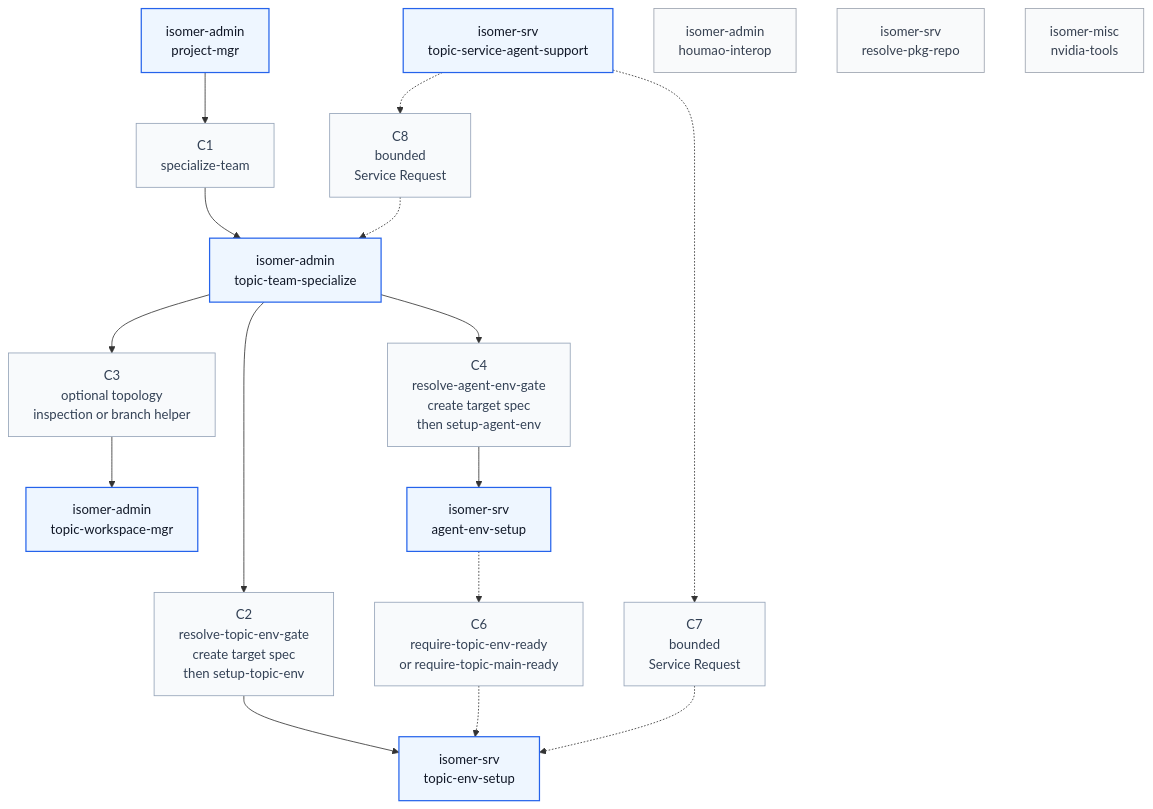
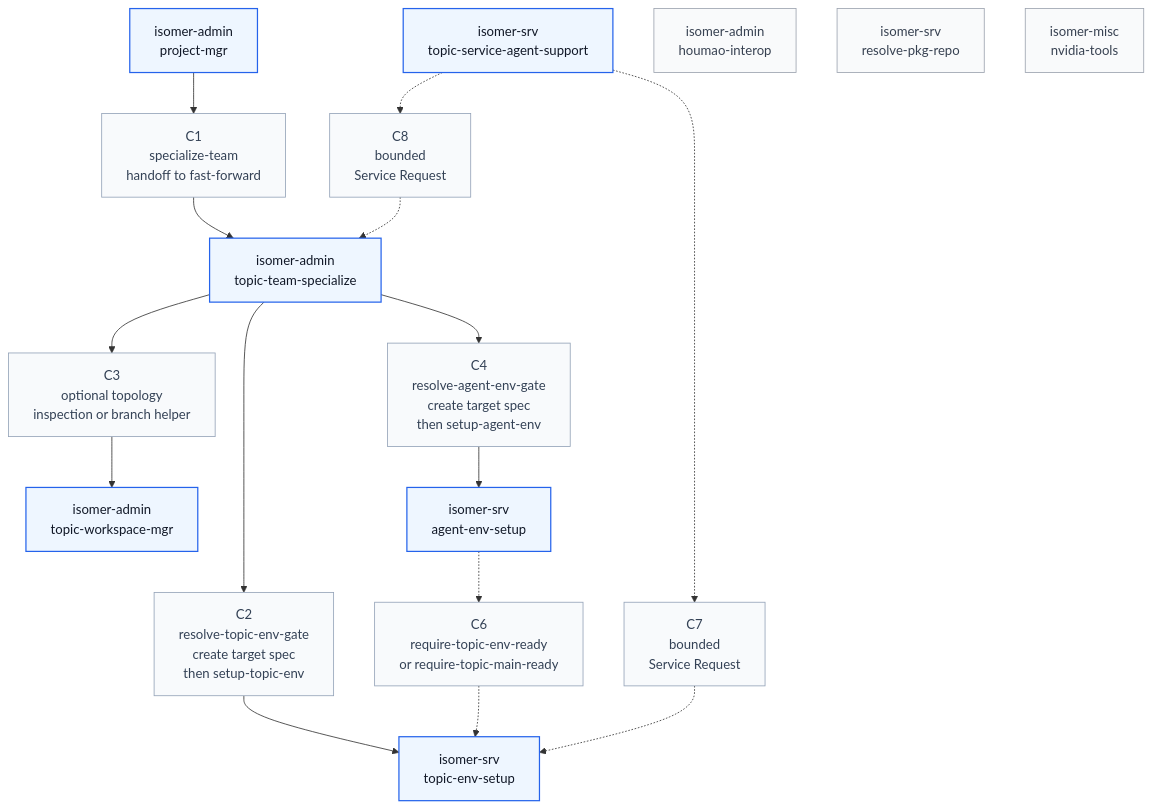
The diagram in skillset/callgraph.md (CodeGandee/isomer-labs), drawn with Mermaid before and after one commit. The commit also changed other lines of this file and 19 other files, not shown here.

Commit message:
docs: route team specialization through fast-forward

````diff
--- a/skillset/callgraph.md
+++ b/skillset/callgraph.md
@@ -5,36 +5,36 @@
 ```mermaid
 flowchart TD
     classDef skill fill:#eef6ff,stroke:#2563eb,stroke-width:1.5px,color:#111827
     classDef route fill:#f8fafc,stroke:#94a3b8,stroke-width:1px,color:#334155
     classDef isolated fill:#f9fafb,stroke:#9ca3af,color:#374151
 
     PM["isomer-admin<br/>project-mgr"]:::skill
     TTS["isomer-admin<br/>topic-team-specialize"]:::skill
     TWM["isomer-admin<br/>topic-workspace-mgr"]:::skill
     TENV["isomer-srv<br/>topic-env-setup"]:::skill
     AENV["isomer-srv<br/>agent-env-setup"]:::skill
     TSA["isomer-srv<br/>topic-service-agent-support"]:::skill
 
-    C1["C1<br/>specialize-team"]:::route
+    C1["C1<br/>specialize-team<br/>handoff to fast-forward"]:::route
     C2["C2<br/>resolve-topic-env-gate<br/>create target spec<br/>then setup-topic-env"]:::route
     C3["C3<br/>optional topology<br/>inspection or branch helper"]:::route
     C4["C4<br/>resolve-agent-env-gate<br/>create target spec<br/>then setup-agent-env"]:::route
     C6["C6<br/>require-topic-env-ready<br/>or require-topic-main-ready"]:::route
     C7["C7<br/>bounded<br/>Service Request"]:::route
     C8["C8<br/>bounded<br/>Service Request"]:::route
 
     PM --> C1 --> TTS
 
     TTS --> C2 --> TENV
     TTS --> C3 --> TWM
     TTS --> C4 --> AENV
 
     AENV -.-> C6 -.-> TENV
 
     TSA -.-> C7 -.-> TENV
     TSA -.-> C8 -.-> TTS
 
     HOU["isomer-admin<br/>houmao-interop"]:::isolated
     PKG["isomer-srv<br/>resolve-pkg-repo"]:::isolated
     NVIDIA["isomer-misc<br/>nvidia-tools"]:::isolated
 ```
````
